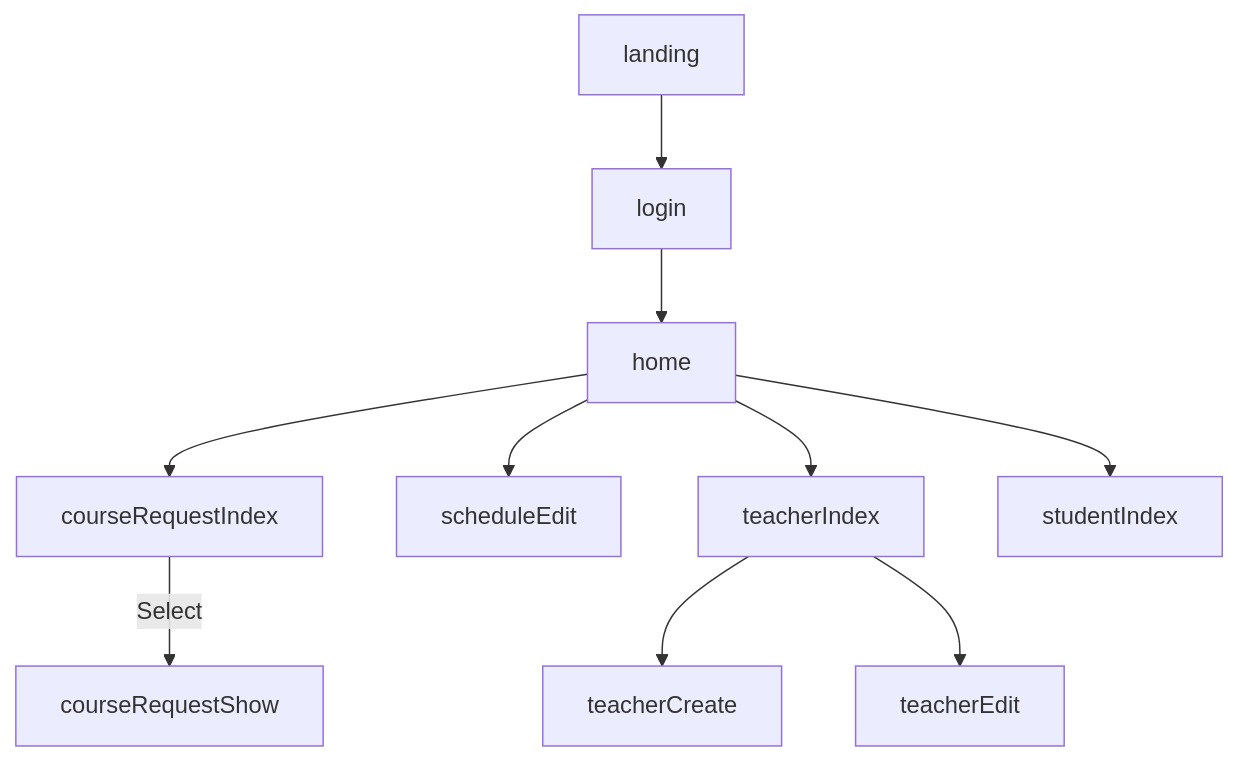
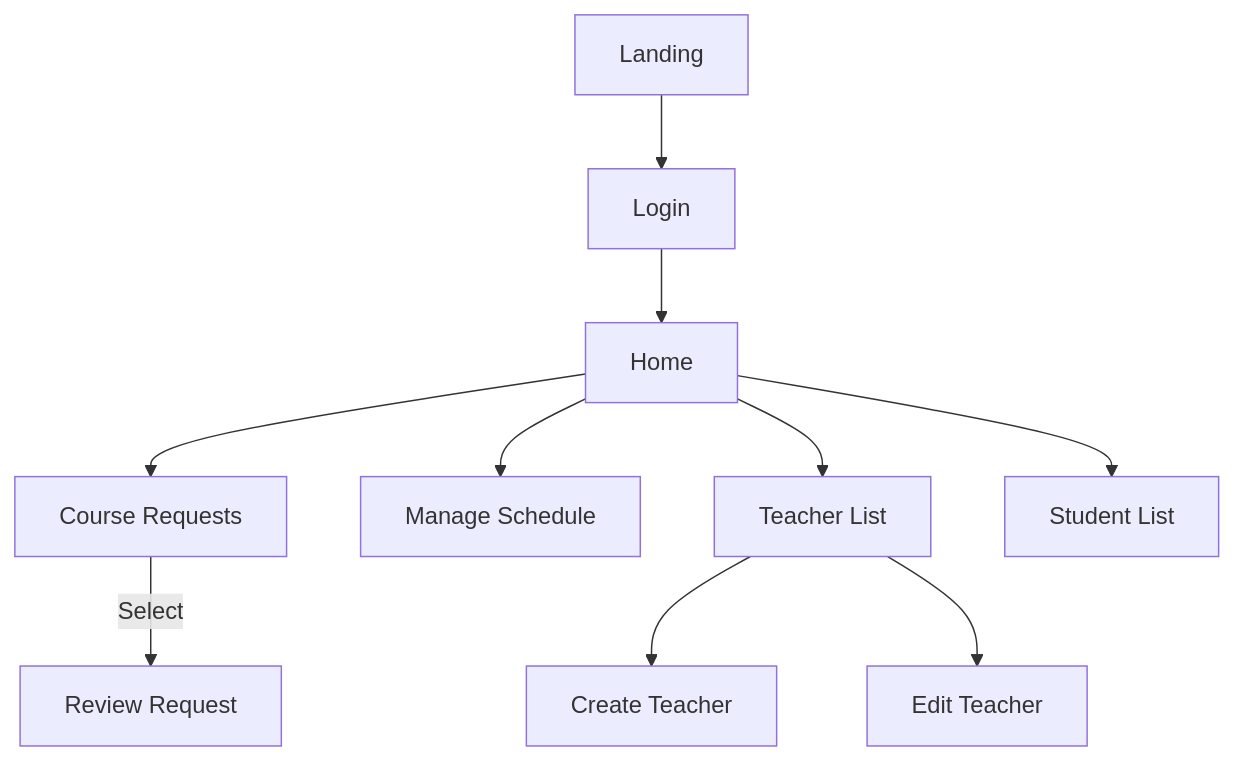
One commit to SaluteKevin/AQkid changed the first of 3 diagrams in Design/views/page-flow.md. Above: the diagram before and after it, drawn with Mermaid. The commit also changed other lines of this file, not shown here.

Commit message:
Update page flow

````diff
--- a/Design/views/page-flow.md
+++ b/Design/views/page-flow.md
@@ -27,14 +9,16 @@
 ```mermaid
 flowchart TD
-    landing --> login --> home
 
-    home --> courseRequestIndex -- Select --> courseRequestShow
+    start[Landing] --> staffLogin[Login] --> staffHome[Home]
 
-    home --> scheduleEdit
+    staffHome --> courseRequestIndex[Course Requests] -- Select --> courseRequestShow[Review Request]
 
-    home --> teacherIndex
-    teacherIndex --> teacherCreate
-    teacherIndex --> teacherEdit
+    staffHome --> scheduleEdit[Manage Schedule]
 
-    home --> studentIndex
+    staffHome --> teacherIndex[Teacher List]
+
+    teacherIndex --> teacherCreate[Create Teacher]
+    teacherIndex --> teacherEdit[Edit Teacher]
+
+    staffHome --> studentIndex[Student List]
 ```
````
